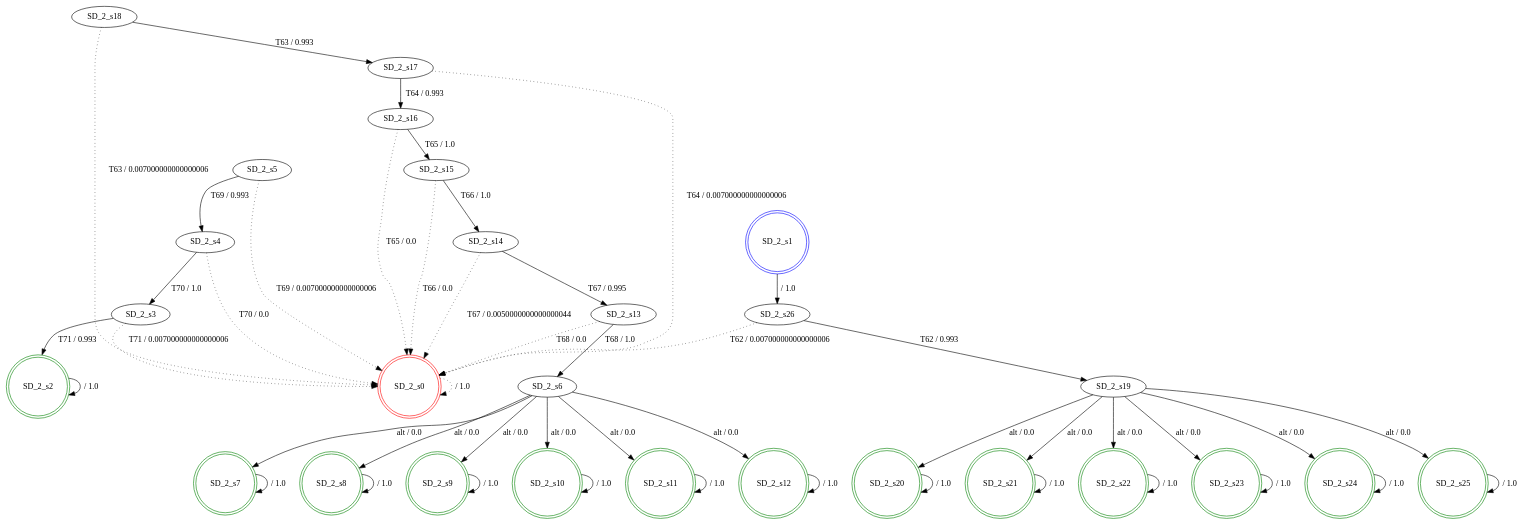
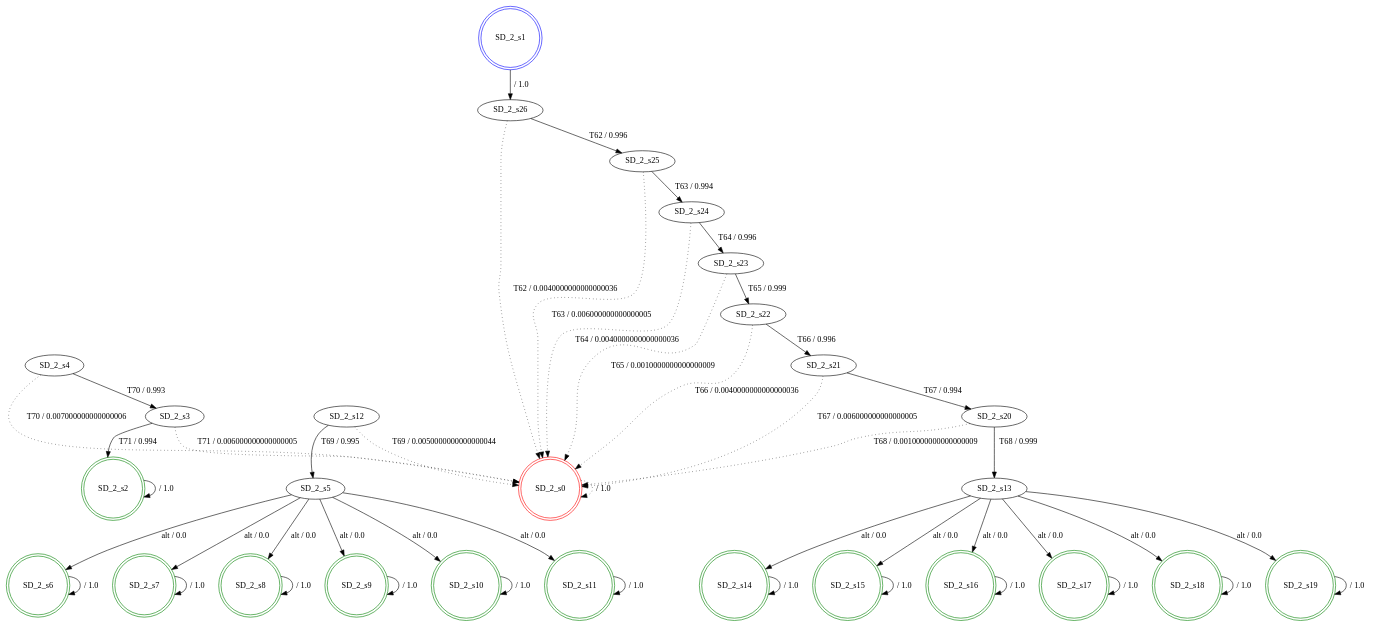
The diagram in src/results_igor/1/fdtmc_SD_2.dot (SPLMC/spl-generator), drawn with Graphviz before and after one commit. The commit also changed 20 other files, not shown here.

```diff
--- a/src/results_igor/1/fdtmc_SD_2.dot
+++ b/src/results_igor/1/fdtmc_SD_2.dot
@@ -1,76 +1,76 @@
 digraph graphname {
 SD_2_s0 [label="SD_2_s0",color=red,shape=doublecircle ];
 SD_2_s1 [label="SD_2_s1",color=blue,shape=doublecircle ];
 SD_2_s2 [label="SD_2_s2",color=green,shape=doublecircle ];
 SD_2_s3 [label="SD_2_s3" ];
 SD_2_s4 [label="SD_2_s4" ];
 SD_2_s5 [label="SD_2_s5" ];
-SD_2_s6 [label="SD_2_s6" ];
+SD_2_s6 [label="SD_2_s6",color=green,shape=doublecircle ];
 SD_2_s7 [label="SD_2_s7",color=green,shape=doublecircle ];
 SD_2_s8 [label="SD_2_s8",color=green,shape=doublecircle ];
 SD_2_s9 [label="SD_2_s9",color=green,shape=doublecircle ];
 SD_2_s10 [label="SD_2_s10",color=green,shape=doublecircle ];
 SD_2_s11 [label="SD_2_s11",color=green,shape=doublecircle ];
-SD_2_s12 [label="SD_2_s12",color=green,shape=doublecircle ];
+SD_2_s12 [label="SD_2_s12" ];
 SD_2_s13 [label="SD_2_s13" ];
-SD_2_s14 [label="SD_2_s14" ];
-SD_2_s15 [label="SD_2_s15" ];
-SD_2_s16 [label="SD_2_s16" ];
-SD_2_s17 [label="SD_2_s17" ];
-SD_2_s18 [label="SD_2_s18" ];
-SD_2_s19 [label="SD_2_s19" ];
-SD_2_s20 [label="SD_2_s20",color=green,shape=doublecircle ];
-SD_2_s21 [label="SD_2_s21",color=green,shape=doublecircle ];
-SD_2_s22 [label="SD_2_s22",color=green,shape=doublecircle ];
-SD_2_s23 [label="SD_2_s23",color=green,shape=doublecircle ];
-SD_2_s24 [label="SD_2_s24",color=green,shape=doublecircle ];
-SD_2_s25 [label="SD_2_s25",color=green,shape=doublecircle ];
+SD_2_s14 [label="SD_2_s14",color=green,shape=doublecircle ];
+SD_2_s15 [label="SD_2_s15",color=green,shape=doublecircle ];
+SD_2_s16 [label="SD_2_s16",color=green,shape=doublecircle ];
+SD_2_s17 [label="SD_2_s17",color=green,shape=doublecircle ];
+SD_2_s18 [label="SD_2_s18",color=green,shape=doublecircle ];
+SD_2_s19 [label="SD_2_s19",color=green,shape=doublecircle ];
+SD_2_s20 [label="SD_2_s20" ];
+SD_2_s21 [label="SD_2_s21" ];
+SD_2_s22 [label="SD_2_s22" ];
+SD_2_s23 [label="SD_2_s23" ];
+SD_2_s24 [label="SD_2_s24" ];
+SD_2_s25 [label="SD_2_s25" ];
 SD_2_s26 [label="SD_2_s26" ];
 SD_2_s0 -> SD_2_s0 [label=" / 1.0", style=dotted];
 SD_2_s1 -> SD_2_s26 [label=" / 1.0"];
 SD_2_s2 -> SD_2_s2 [label=" / 1.0"];
-SD_2_s3 -> SD_2_s2 [label="T71 / 0.993"];
-SD_2_s3 -> SD_2_s0 [label="T71 / 0.007000000000000006", style=dotted];
-SD_2_s4 -> SD_2_s3 [label="T70 / 1.0"];
-SD_2_s4 -> SD_2_s0 [label="T70 / 0.0", style=dotted];
-SD_2_s5 -> SD_2_s4 [label="T69 / 0.993"];
-SD_2_s5 -> SD_2_s0 [label="T69 / 0.007000000000000006", style=dotted];
-SD_2_s6 -> SD_2_s7 [label="alt / 0.0"];
-SD_2_s6 -> SD_2_s8 [label="alt / 0.0"];
-SD_2_s6 -> SD_2_s9 [label="alt / 0.0"];
-SD_2_s6 -> SD_2_s10 [label="alt / 0.0"];
-SD_2_s6 -> SD_2_s11 [label="alt / 0.0"];
-SD_2_s6 -> SD_2_s12 [label="alt / 0.0"];
+SD_2_s3 -> SD_2_s2 [label="T71 / 0.994"];
+SD_2_s3 -> SD_2_s0 [label="T71 / 0.006000000000000005", style=dotted];
+SD_2_s4 -> SD_2_s3 [label="T70 / 0.993"];
+SD_2_s4 -> SD_2_s0 [label="T70 / 0.007000000000000006", style=dotted];
+SD_2_s5 -> SD_2_s6 [label="alt / 0.0"];
+SD_2_s5 -> SD_2_s7 [label="alt / 0.0"];
+SD_2_s5 -> SD_2_s8 [label="alt / 0.0"];
+SD_2_s5 -> SD_2_s9 [label="alt / 0.0"];
+SD_2_s5 -> SD_2_s10 [label="alt / 0.0"];
+SD_2_s5 -> SD_2_s11 [label="alt / 0.0"];
+SD_2_s6 -> SD_2_s6 [label=" / 1.0"];
 SD_2_s7 -> SD_2_s7 [label=" / 1.0"];
 SD_2_s8 -> SD_2_s8 [label=" / 1.0"];
 SD_2_s9 -> SD_2_s9 [label=" / 1.0"];
 SD_2_s10 -> SD_2_s10 [label=" / 1.0"];
 SD_2_s11 -> SD_2_s11 [label=" / 1.0"];
-SD_2_s12 -> SD_2_s12 [label=" / 1.0"];
-SD_2_s13 -> SD_2_s6 [label="T68 / 1.0"];
-SD_2_s13 -> SD_2_s0 [label="T68 / 0.0", style=dotted];
-SD_2_s14 -> SD_2_s13 [label="T67 / 0.995"];
-SD_2_s14 -> SD_2_s0 [label="T67 / 0.0050000000000000044", style=dotted];
-SD_2_s15 -> SD_2_s14 [label="T66 / 1.0"];
-SD_2_s15 -> SD_2_s0 [label="T66 / 0.0", style=dotted];
-SD_2_s16 -> SD_2_s15 [label="T65 / 1.0"];
-SD_2_s16 -> SD_2_s0 [label="T65 / 0.0", style=dotted];
-SD_2_s17 -> SD_2_s16 [label="T64 / 0.993"];
-SD_2_s17 -> SD_2_s0 [label="T64 / 0.007000000000000006", style=dotted];
-SD_2_s18 -> SD_2_s17 [label="T63 / 0.993"];
-SD_2_s18 -> SD_2_s0 [label="T63 / 0.007000000000000006", style=dotted];
-SD_2_s19 -> SD_2_s20 [label="alt / 0.0"];
-SD_2_s19 -> SD_2_s21 [label="alt / 0.0"];
-SD_2_s19 -> SD_2_s22 [label="alt / 0.0"];
-SD_2_s19 -> SD_2_s23 [label="alt / 0.0"];
-SD_2_s19 -> SD_2_s24 [label="alt / 0.0"];
-SD_2_s19 -> SD_2_s25 [label="alt / 0.0"];
-SD_2_s20 -> SD_2_s20 [label=" / 1.0"];
-SD_2_s21 -> SD_2_s21 [label=" / 1.0"];
-SD_2_s22 -> SD_2_s22 [label=" / 1.0"];
-SD_2_s23 -> SD_2_s23 [label=" / 1.0"];
-SD_2_s24 -> SD_2_s24 [label=" / 1.0"];
-SD_2_s25 -> SD_2_s25 [label=" / 1.0"];
-SD_2_s26 -> SD_2_s19 [label="T62 / 0.993"];
-SD_2_s26 -> SD_2_s0 [label="T62 / 0.007000000000000006", style=dotted];
+SD_2_s12 -> SD_2_s5 [label="T69 / 0.995"];
+SD_2_s12 -> SD_2_s0 [label="T69 / 0.0050000000000000044", style=dotted];
+SD_2_s13 -> SD_2_s14 [label="alt / 0.0"];
+SD_2_s13 -> SD_2_s15 [label="alt / 0.0"];
+SD_2_s13 -> SD_2_s16 [label="alt / 0.0"];
+SD_2_s13 -> SD_2_s17 [label="alt / 0.0"];
+SD_2_s13 -> SD_2_s18 [label="alt / 0.0"];
+SD_2_s13 -> SD_2_s19 [label="alt / 0.0"];
+SD_2_s14 -> SD_2_s14 [label=" / 1.0"];
+SD_2_s15 -> SD_2_s15 [label=" / 1.0"];
+SD_2_s16 -> SD_2_s16 [label=" / 1.0"];
+SD_2_s17 -> SD_2_s17 [label=" / 1.0"];
+SD_2_s18 -> SD_2_s18 [label=" / 1.0"];
+SD_2_s19 -> SD_2_s19 [label=" / 1.0"];
+SD_2_s20 -> SD_2_s13 [label="T68 / 0.999"];
+SD_2_s20 -> SD_2_s0 [label="T68 / 0.0010000000000000009", style=dotted];
+SD_2_s21 -> SD_2_s20 [label="T67 / 0.994"];
+SD_2_s21 -> SD_2_s0 [label="T67 / 0.006000000000000005", style=dotted];
+SD_2_s22 -> SD_2_s21 [label="T66 / 0.996"];
+SD_2_s22 -> SD_2_s0 [label="T66 / 0.0040000000000000036", style=dotted];
+SD_2_s23 -> SD_2_s22 [label="T65 / 0.999"];
+SD_2_s23 -> SD_2_s0 [label="T65 / 0.0010000000000000009", style=dotted];
+SD_2_s24 -> SD_2_s23 [label="T64 / 0.996"];
+SD_2_s24 -> SD_2_s0 [label="T64 / 0.0040000000000000036", style=dotted];
+SD_2_s25 -> SD_2_s24 [label="T63 / 0.994"];
+SD_2_s25 -> SD_2_s0 [label="T63 / 0.006000000000000005", style=dotted];
+SD_2_s26 -> SD_2_s25 [label="T62 / 0.996"];
+SD_2_s26 -> SD_2_s0 [label="T62 / 0.0040000000000000036", style=dotted];
 }
```
